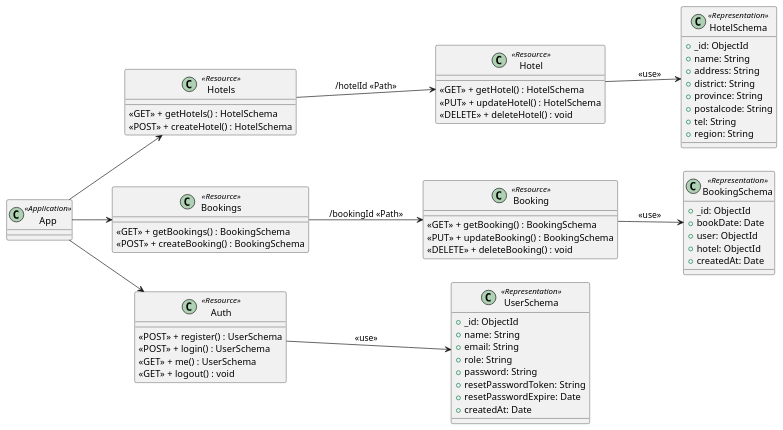
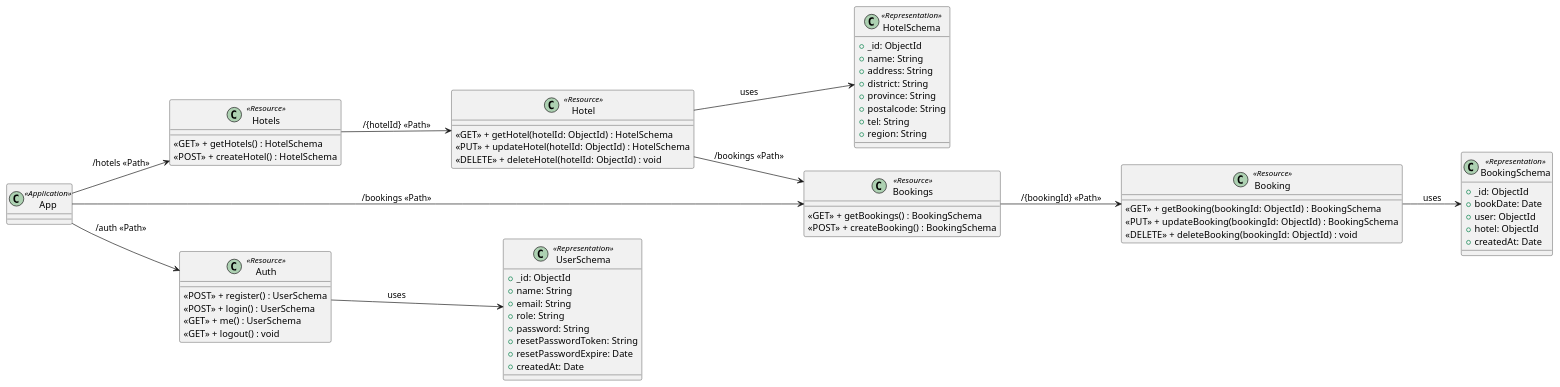
Before and after one commit to KiraraGZ/sw-dev-final-project: the diagram in umls/classdiagram.puml, drawn with PlantUML.

Commit message:
update class diagram

```diff
--- a/umls/classdiagram.puml
+++ b/umls/classdiagram.puml
@@ -1,77 +1,79 @@
 @startuml Class Diagram
 
 left to right direction
 
 class App <<Application>> {
-  
 }
 
 class Hotels <<Resource>> {
   <<GET>> + getHotels() : HotelSchema
   <<POST>> + createHotel() : HotelSchema
 }
 
 class Hotel <<Resource>> {
-  <<GET>> + getHotel() : HotelSchema
-  <<PUT>> + updateHotel() : HotelSchema
-  <<DELETE>> + deleteHotel() : void
+  <<GET>> + getHotel(hotelId: ObjectId) : HotelSchema
+  <<PUT>> + updateHotel(hotelId: ObjectId) : HotelSchema
+  <<DELETE>> + deleteHotel(hotelId: ObjectId) : void
 }
 
 class Bookings <<Resource>> {
   <<GET>> + getBookings() : BookingSchema
   <<POST>> + createBooking() : BookingSchema
 }
 
 class Booking <<Resource>> {
-  <<GET>> + getBooking() : BookingSchema
-  <<PUT>> + updateBooking() : BookingSchema
-  <<DELETE>> + deleteBooking() : void
+  <<GET>> + getBooking(bookingId: ObjectId) : BookingSchema
+  <<PUT>> + updateBooking(bookingId: ObjectId) : BookingSchema
+  <<DELETE>> + deleteBooking(bookingId: ObjectId) : void
 }
 
 class Auth <<Resource>> {
   <<POST>> + register() : UserSchema
   <<POST>> + login() : UserSchema
   <<GET>> + me() : UserSchema
   <<GET>> + logout() : void
 }
 
 class BookingSchema <<Representation>> {
   +_id: ObjectId
   +bookDate: Date
   +user: ObjectId
   +hotel: ObjectId
   +createdAt: Date
 }
 
 class HotelSchema <<Representation>> {
   +_id: ObjectId
   +name: String
   +address: String
   +district: String
   +province: String
   +postalcode: String
   +tel: String
   +region: String
 }
 
 class UserSchema <<Representation>> {
   +_id: ObjectId
   +name: String
   +email: String
   +role: String
   +password: String
   +resetPasswordToken: String
   +resetPasswordExpire: Date
   +createdAt: Date
 }
 
-App --> Hotels
-App --> Bookings
-App --> Auth
-Auth --> UserSchema : <<use>>
-Hotels --> Hotel : /hotelId <<Path>>
-Hotel --> HotelSchema : <<use>>
-Bookings --> Booking : /bookingId <<Path>>
-Booking --> BookingSchema : <<use>>
+App --> Hotels : /hotels <<Path>>
+App --> Bookings : /bookings <<Path>>
+App --> Auth : /auth <<Path>>
+Auth --> UserSchema : uses 
+Hotels --> Hotel : /{hotelId} <<Path>>
+Hotel --> HotelSchema : uses
+
+Hotel --> Bookings : /bookings <<Path>>
+
+Bookings --> Booking : /{bookingId} <<Path>>
+Booking --> BookingSchema : uses
 
 @enduml
```
